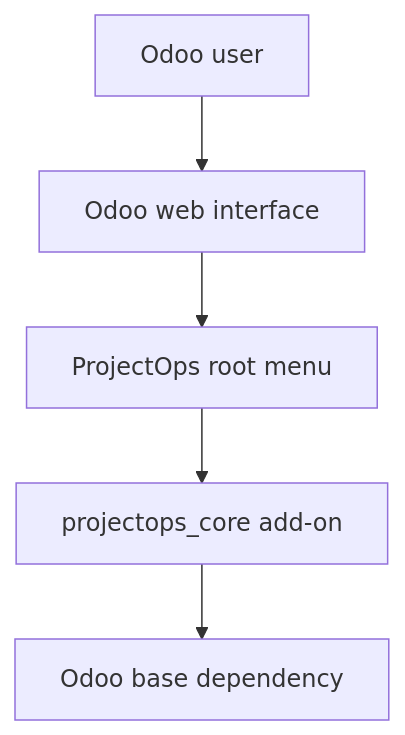
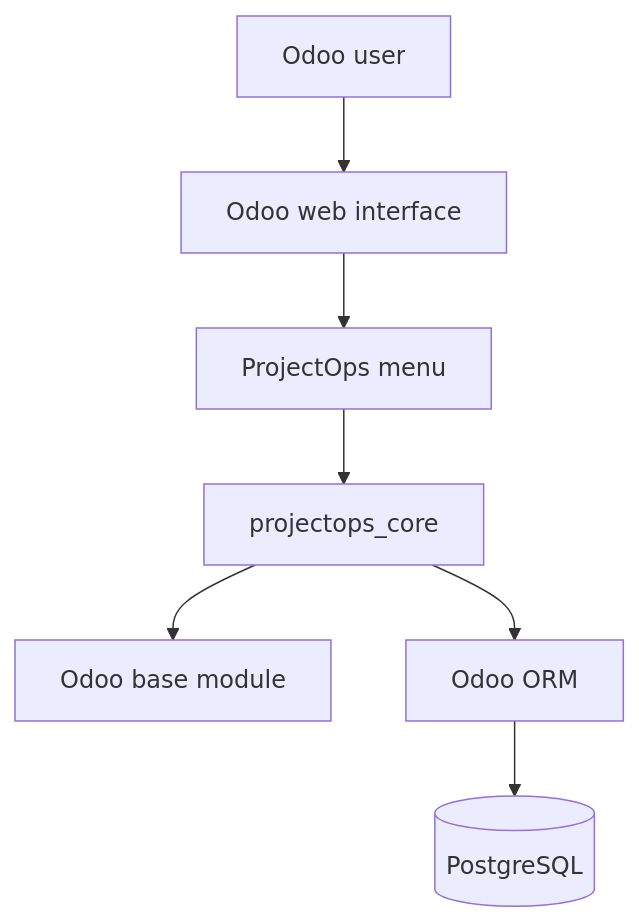
The fourth of 5 diagrams in README.md (projectOpsFin/projectOps), drawn with Mermaid before and after one commit. The commit also changed other lines of this file, not shown here.

````diff
--- a/README.md
+++ b/README.md
@@ -98,7 +157,9 @@
 ```mermaid
 flowchart TD
-    U[Odoo user] --> W[Odoo web interface]
-    W --> M[ProjectOps root menu]
-    M --> A[projectops_core add-on]
-    A --> B[Odoo base dependency]
+    U[Odoo user] --> O[Odoo web interface]
+    O --> M[ProjectOps menu]
+    M --> C[projectops_core]
+    C --> BASE[Odoo base module]
+    C --> ORM[Odoo ORM]
+    ORM --> PG[(PostgreSQL)]
 ```
````
